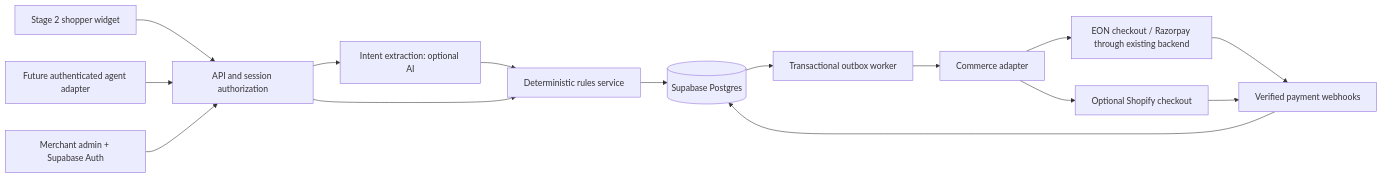
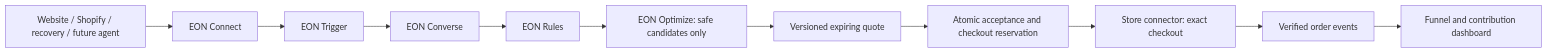
One commit to manojkumar3692/eon-negotiation changed the diagram in docs/ARCHITECTURE.md. Above: the diagram before and after it, drawn with Mermaid. The commit also changed other lines of this file and 48 other files, not shown here.

Commit message:
Integrate conversion modules into live merchant dashboard

````diff
--- a/docs/ARCHITECTURE.md
+++ b/docs/ARCHITECTURE.md
@@ -3,17 +9,13 @@
 ```mermaid
 flowchart LR
- W[Stage 2 shopper widget] --> A[API and session authorization]
- G[Future authenticated agent adapter] --> A
- A --> I[Intent extraction: optional AI]
- I --> R[Deterministic rules service]
- A --> R
- R --> D[(Supabase Postgres)]
- D --> O[Transactional outbox worker]
- O --> C[Commerce adapter]
- C --> E[EON checkout / Razorpay through existing backend]
- C --> S[Optional Shopify checkout]
- E --> H[Verified payment webhooks]
- S --> H
- H --> D
- M[Merchant admin + Supabase Auth] --> A
+  S[Website / Shopify / recovery / future agent] --> C[EON Connect]
+  C --> T[EON Trigger]
+  T --> V[EON Converse]
+  V --> R[EON Rules]
+  R --> O[EON Optimize: safe candidates only]
+  O --> Q[Versioned expiring quote]
+  Q --> A[Atomic acceptance and checkout reservation]
+  A --> P[Store connector: exact checkout]
+  P --> W[Verified order events]
+  W --> D[Funnel and contribution dashboard]
 ```
````
